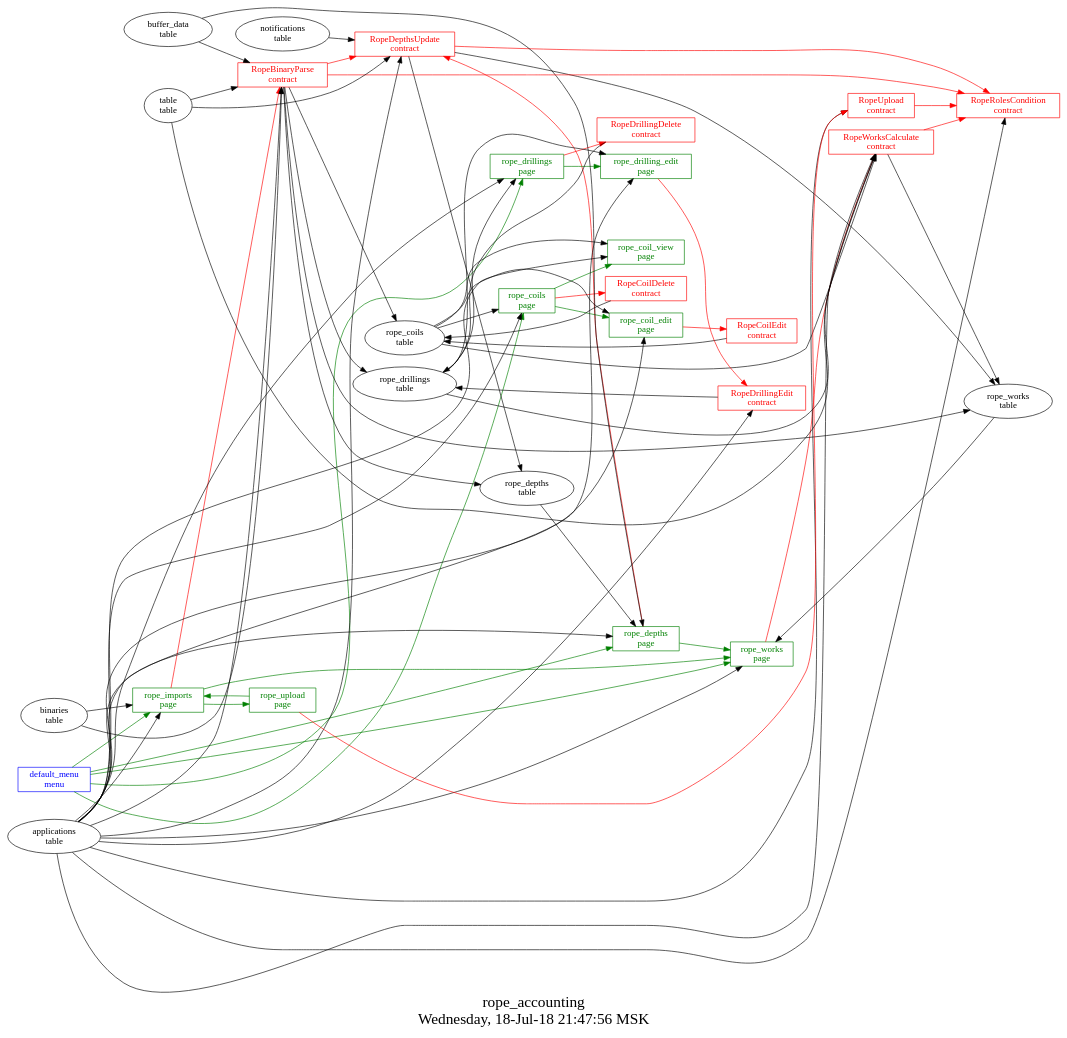
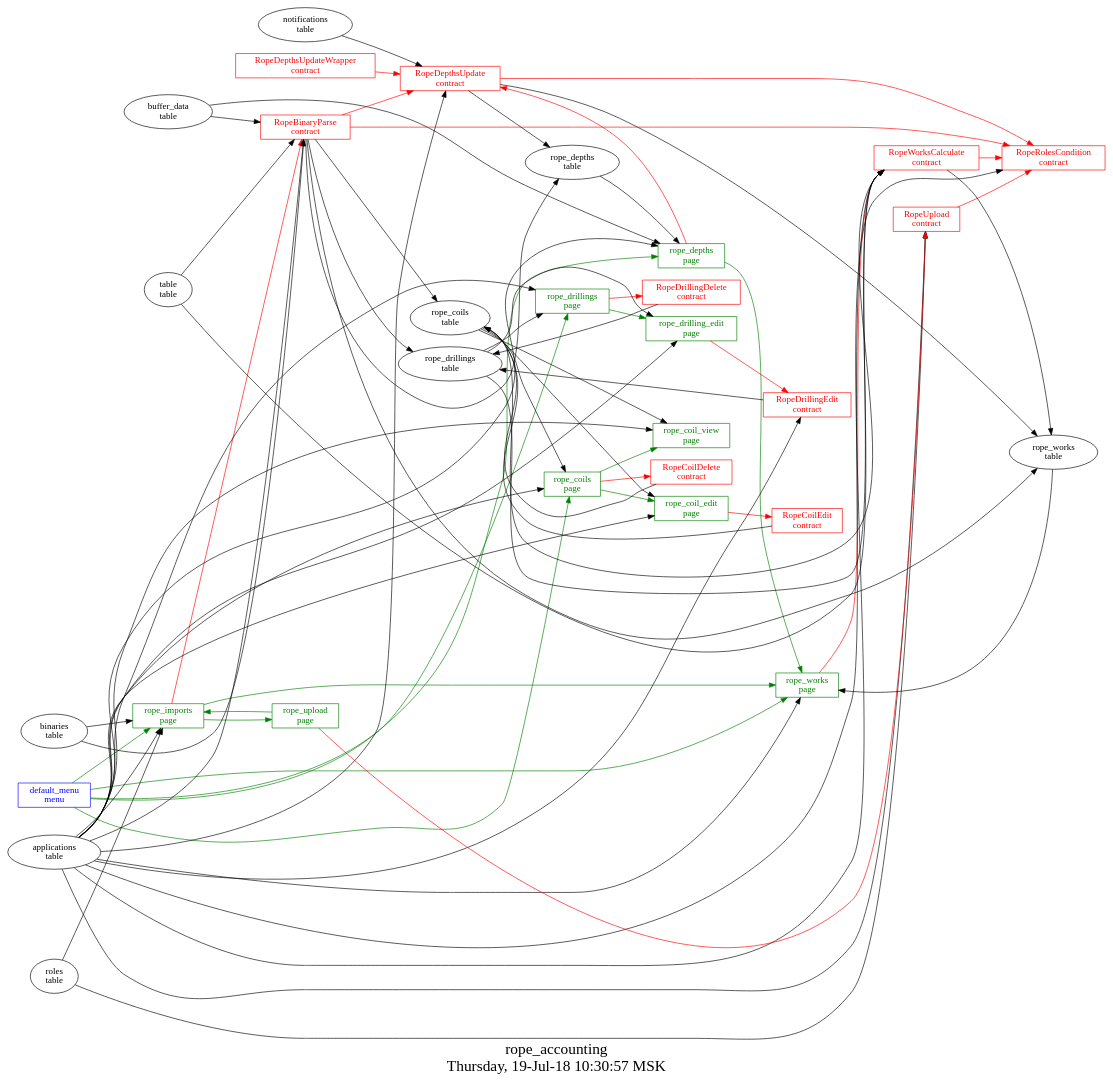
The diagram in src/rope_accounting/struct.dot (AplaProject/apps), drawn with Graphviz before and after one commit. The commit also changed 8 other files, not shown here.

```diff
--- a/src/rope_accounting/struct.dot
+++ b/src/rope_accounting/struct.dot
@@ -1,100 +1,103 @@
 digraph G {
 graph [
   fontsize="24";
-  label="rope_accounting\nWednesday, 18-Jul-18 21:47:56 MSK";
+  label="rope_accounting\nThursday, 19-Jul-18 10:30:57 MSK";
   nojustify=true;
   ordering=out;
   rankdir=LR;
   size="30";
 ];
 "default_menu\nmenu" -> "rope_imports\npage"  [ color=green ]
 "default_menu\nmenu" -> "rope_works\npage"  [ color=green ]
 "default_menu\nmenu" -> "rope_depths\npage"  [ color=green ]
 "default_menu\nmenu" -> "rope_drillings\npage"  [ color=green ]
 "default_menu\nmenu" -> "rope_coils\npage"  [ color=green ]
 "default_menu\nmenu" [color=blue, fontcolor=blue, group=menus, shape=record];
 "rope_coil_edit\npage" -> "RopeCoilEdit\ncontract"  [ color=red ]
 "applications\ntable" -> "rope_coil_edit\npage"
 "rope_coils\ntable" -> "rope_coil_edit\npage"
 "rope_coil_edit\npage" [color=green, fontcolor=green, group=pages, shape=record];
 "applications\ntable" -> "rope_coil_view\npage"
 "rope_coils\ntable" -> "rope_coil_view\npage"
 "rope_coil_view\npage" [color=green, fontcolor=green, group=pages, shape=record];
 "rope_coils\npage" -> "RopeCoilDelete\ncontract"  [ color=red ]
 "applications\ntable" -> "rope_coils\npage"
 "rope_coils\ntable" -> "rope_coils\npage"
 "rope_coils\npage" -> "rope_coil_edit\npage"  [ color=green ]
 "rope_coils\npage" -> "rope_coil_view\npage"  [ color=green ]
 "rope_coils\npage" [color=green, fontcolor=green, group=pages, shape=record];
 "rope_depths\npage" -> "RopeDepthsUpdate\ncontract"  [ color=red ]
 "applications\ntable" -> "rope_depths\npage"
 "rope_depths\ntable" -> "rope_depths\npage"
 "buffer_data\ntable" -> "rope_depths\npage"
 "rope_depths\npage" -> "rope_works\npage"  [ color=green ]
 "rope_depths\npage" [color=green, fontcolor=green, group=pages, shape=record];
 "rope_drilling_edit\npage" -> "RopeDrillingEdit\ncontract"  [ color=red ]
 "applications\ntable" -> "rope_drilling_edit\npage"
 "rope_drillings\ntable" -> "rope_drilling_edit\npage"
 "rope_drilling_edit\npage" [color=green, fontcolor=green, group=pages, shape=record];
 "rope_drillings\npage" -> "RopeDrillingDelete\ncontract"  [ color=red ]
 "applications\ntable" -> "rope_drillings\npage"
 "rope_drillings\ntable" -> "rope_drillings\npage"
 "rope_drillings\npage" -> "rope_drilling_edit\npage"  [ color=green ]
 "rope_drillings\npage" [color=green, fontcolor=green, group=pages, shape=record];
 "rope_imports\npage" -> "RopeBinaryParse\ncontract"  [ color=red ]
 "applications\ntable" -> "rope_imports\npage"
+"roles\ntable" -> "rope_imports\npage"
 "binaries\ntable" -> "rope_imports\npage"
 "rope_imports\npage" -> "rope_works\npage"  [ color=green ]
 "rope_imports\npage" -> "rope_upload\npage"  [ color=green ]
 "rope_imports\npage" [color=green, fontcolor=green, group=pages, shape=record];
 "rope_upload\npage" -> "RopeUpload\ncontract"  [ color=red ]
 "rope_upload\npage" -> "rope_imports\npage"  [ color=green ]
 "rope_upload\npage" [color=green, fontcolor=green, group=pages, shape=record];
 "rope_works\npage" -> "RopeWorksCalculate\ncontract"  [ color=red ]
 "applications\ntable" -> "rope_works\npage"
 "rope_works\ntable" -> "rope_works\npage"
 "rope_works\npage" [color=green, fontcolor=green, group=pages, shape=record];
 "RopeBinaryParse\ncontract" -> "RopeDepthsUpdate\ncontract"  [ color=red ]
 "RopeBinaryParse\ncontract" -> "RopeRolesCondition\ncontract"  [ color=red ]
 "RopeBinaryParse\ncontract" -> "rope_coils\ntable"  [ color="" ]
 "RopeBinaryParse\ncontract" -> "rope_drillings\ntable"  [ color="" ]
 "RopeBinaryParse\ncontract" -> "rope_works\ntable"  [ color="" ]
 "RopeBinaryParse\ncontract" -> "rope_depths\ntable"  [ color="" ]
 "table\ntable" -> "RopeBinaryParse\ncontract"
 "buffer_data\ntable" -> "RopeBinaryParse\ncontract"
 "binaries\ntable" -> "RopeBinaryParse\ncontract"
 "applications\ntable" -> "RopeBinaryParse\ncontract"
 "RopeBinaryParse\ncontract" [color=red, fontcolor=red, group=contracts, shape=record];
 "RopeCoilDelete\ncontract" -> "rope_coils\ntable"  [ color="" ]
 "RopeCoilDelete\ncontract" [color=red, fontcolor=red, group=contracts, shape=record];
 "RopeCoilEdit\ncontract" -> "rope_coils\ntable"  [ color="" ]
 "RopeCoilEdit\ncontract" [color=red, fontcolor=red, group=contracts, shape=record];
 "RopeDepthsUpdate\ncontract" -> "RopeRolesCondition\ncontract"  [ color=red ]
 "RopeDepthsUpdate\ncontract" -> "rope_works\ntable"  [ color="" ]
 "RopeDepthsUpdate\ncontract" -> "rope_depths\ntable"  [ color="" ]
-"table\ntable" -> "RopeDepthsUpdate\ncontract"
 "notifications\ntable" -> "RopeDepthsUpdate\ncontract"
 "applications\ntable" -> "RopeDepthsUpdate\ncontract"
 "RopeDepthsUpdate\ncontract" [color=red, fontcolor=red, group=contracts, shape=record];
+"RopeDepthsUpdateWrapper\ncontract" -> "RopeDepthsUpdate\ncontract"  [ color=red ]
+"RopeDepthsUpdateWrapper\ncontract" [color=red, fontcolor=red, group=contracts, shape=record];
 "RopeDrillingDelete\ncontract" -> "rope_drillings\ntable"  [ color="" ]
 "RopeDrillingDelete\ncontract" [color=red, fontcolor=red, group=contracts, shape=record];
 "RopeDrillingEdit\ncontract" -> "rope_drillings\ntable"  [ color="" ]
 "applications\ntable" -> "RopeDrillingEdit\ncontract"
 "RopeDrillingEdit\ncontract" [color=red, fontcolor=red, group=contracts, shape=record];
 "applications\ntable" -> "RopeRolesCondition\ncontract"
 "RopeRolesCondition\ncontract" [color=red, fontcolor=red, group=contracts, shape=record];
 "RopeUpload\ncontract" -> "RopeRolesCondition\ncontract"  [ color=red ]
 "applications\ntable" -> "RopeUpload\ncontract"
+"roles\ntable" -> "RopeUpload\ncontract"
 "RopeUpload\ncontract" [color=red, fontcolor=red, group=contracts, shape=record];
 "RopeWorksCalculate\ncontract" -> "RopeRolesCondition\ncontract"  [ color=red ]
 "RopeWorksCalculate\ncontract" -> "rope_works\ntable"  [ color="" ]
 "table\ntable" -> "RopeWorksCalculate\ncontract"
 "applications\ntable" -> "RopeWorksCalculate\ncontract"
 "rope_coils\ntable" -> "RopeWorksCalculate\ncontract"
 "rope_drillings\ntable" -> "RopeWorksCalculate\ncontract"
 "RopeWorksCalculate\ncontract" [color=red, fontcolor=red, group=contracts, shape=record];
 "rope_coils\ntable" [color="", fontcolor="", group=tables, shape=""];
 "rope_depths\ntable" [color="", fontcolor="", group=tables, shape=""];
 "rope_drillings\ntable" [color="", fontcolor="", group=tables, shape=""];
 "rope_works\ntable" [color="", fontcolor="", group=tables, shape=""];
 }
```
